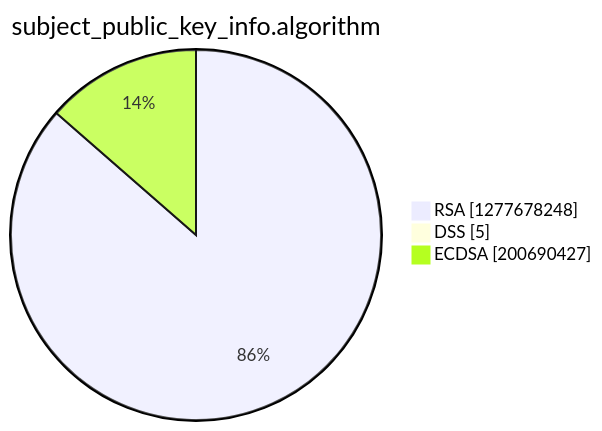
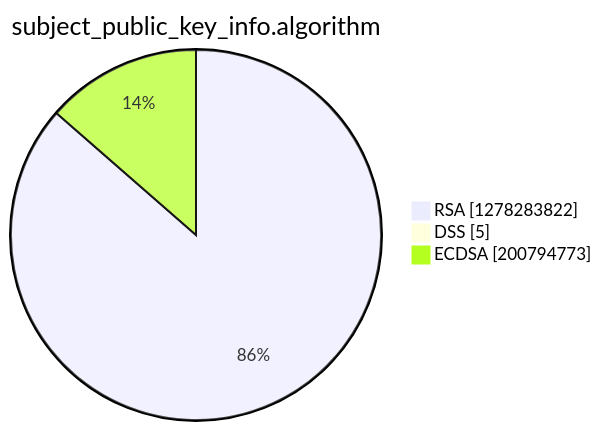
The third of 15 diagrams in argon2022/README.md (christiankrug/ctmonitor_visualization), drawn with Mermaid before and after one commit. The commit also changed other lines of this file, not shown here.

````diff
--- a/argon2022/README.md
+++ b/argon2022/README.md
@@ -14,7 +14,7 @@
 ```mermaid
 pie showData
 title subject_public_key_info.algorithm
-"RSA" :1277678248
+"RSA" :1278283822
 "DSS" :5
-"ECDSA" :200690427
+"ECDSA" :200794773
 ```
````
